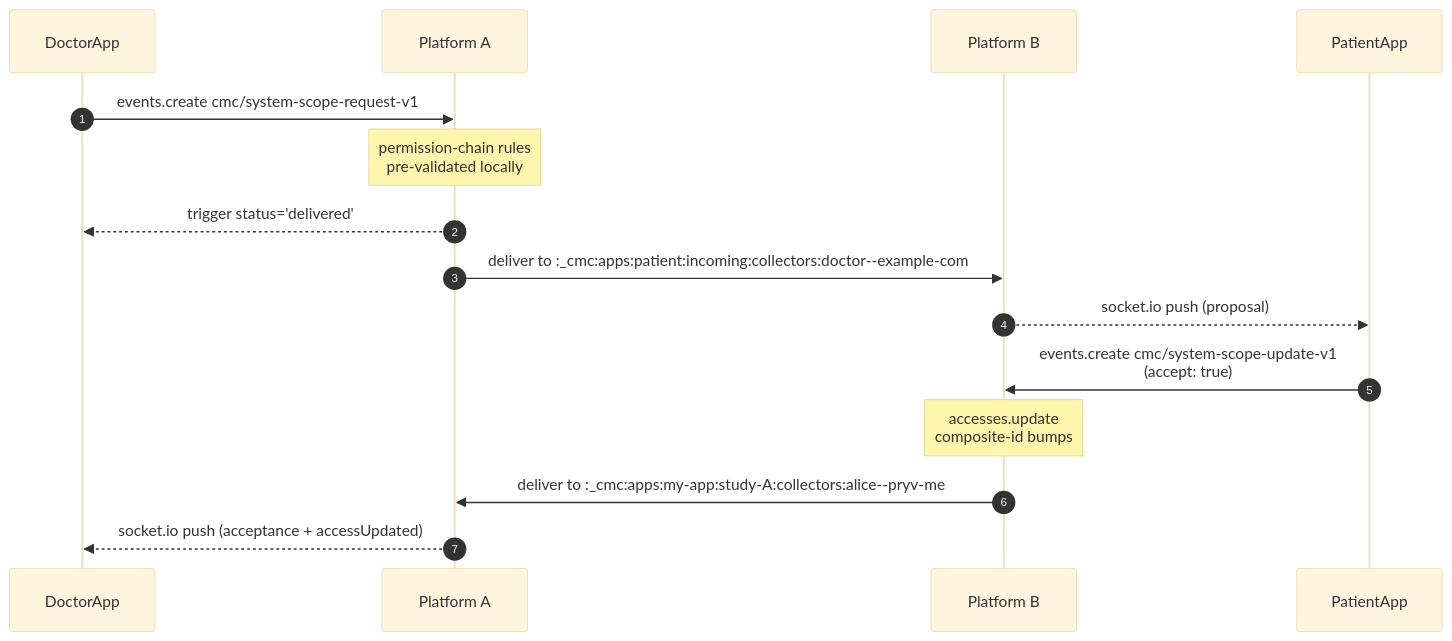
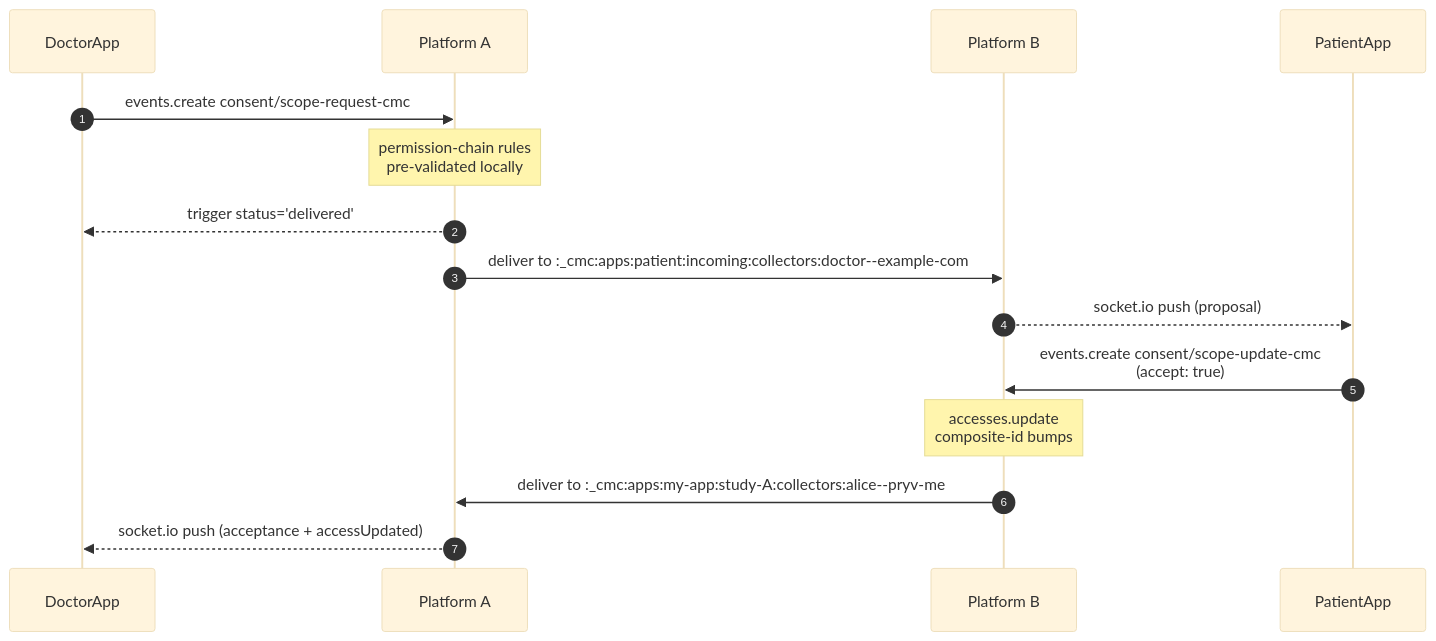
The fourth of 5 diagrams in components/cmc/IMPLEMENTERS-GUIDE.md (pryv/open-pryv.io), drawn with Mermaid (base theme) before and after one commit. The commit also changed other lines of this file and 40 other files, not shown here.

````diff
--- a/components/cmc/IMPLEMENTERS-GUIDE.md
+++ b/components/cmc/IMPLEMENTERS-GUIDE.md
@@ -490,18 +490,18 @@
 ```mermaid
 sequenceDiagram
     autonumber
     participant DoctorApp
     participant PlatformA as Platform A
     participant PlatformB as Platform B
     participant PatientApp
 
-    DoctorApp->>PlatformA: events.create cmc/system-scope-request-v1
+    DoctorApp->>PlatformA: events.create consent/scope-request-cmc
     Note over PlatformA: permission-chain rules<br/>pre-validated locally
     PlatformA-->>DoctorApp: trigger status='delivered'
     PlatformA->>PlatformB: deliver to :_cmc:apps:patient:incoming:collectors:doctor--example-com
     PlatformB-->>PatientApp: socket.io push (proposal)
-    PatientApp->>PlatformB: events.create cmc/system-scope-update-v1<br/>(accept: true)
+    PatientApp->>PlatformB: events.create consent/scope-update-cmc<br/>(accept: true)
     Note over PlatformB: accesses.update<br/>composite-id bumps
     PlatformB->>PlatformA: deliver to :_cmc:apps:my-app:study-A:collectors:alice--pryv-me
     PlatformA-->>DoctorApp: socket.io push (acceptance + accessUpdated)
 ```
````
